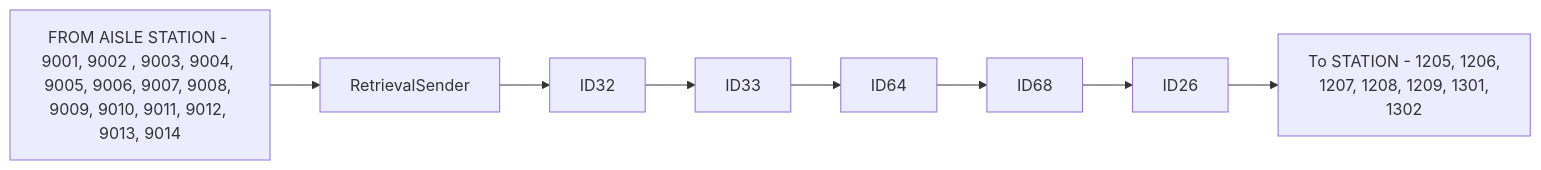
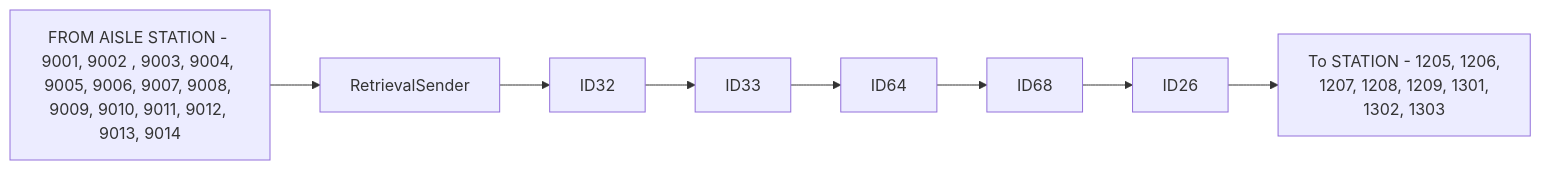
Before and after one commit to luthfiadityaa/SimeDarby-Wiki: the first of 10 diagrams in Basic-Design/DFD-WMS/Retrieval/Specific-Location-Retrieval-Setting.md, drawn with Mermaid.

Commit message:
Updated Specific Location Retrieval Setting

```diff
--- a/Basic-Design/DFD-WMS/Retrieval/Specific-Location-Retrieval-Setting.md
+++ b/Basic-Design/DFD-WMS/Retrieval/Specific-Location-Retrieval-Setting.md
@@ -2,7 +2,7 @@
 ::: mermaid
 flowchart LR
   
 P1[FROM AISLE STATION - 9001, 9002 , 9003, 9004, 9005, 9006, 9007, 9008, 9009, 9010, 9011, 9012, 9013, 9014]-->P2[RetrievalSender]-->P3[ID32]-->P4[ID33]-->P5[ID64]-->P6[ID68]-->P7[ID26]-->P8[To STATION - 1205, 1206, 
 1207, 1208, 1209, 1301, 
-1302] 
+1302, 1303] 
 :::
```
